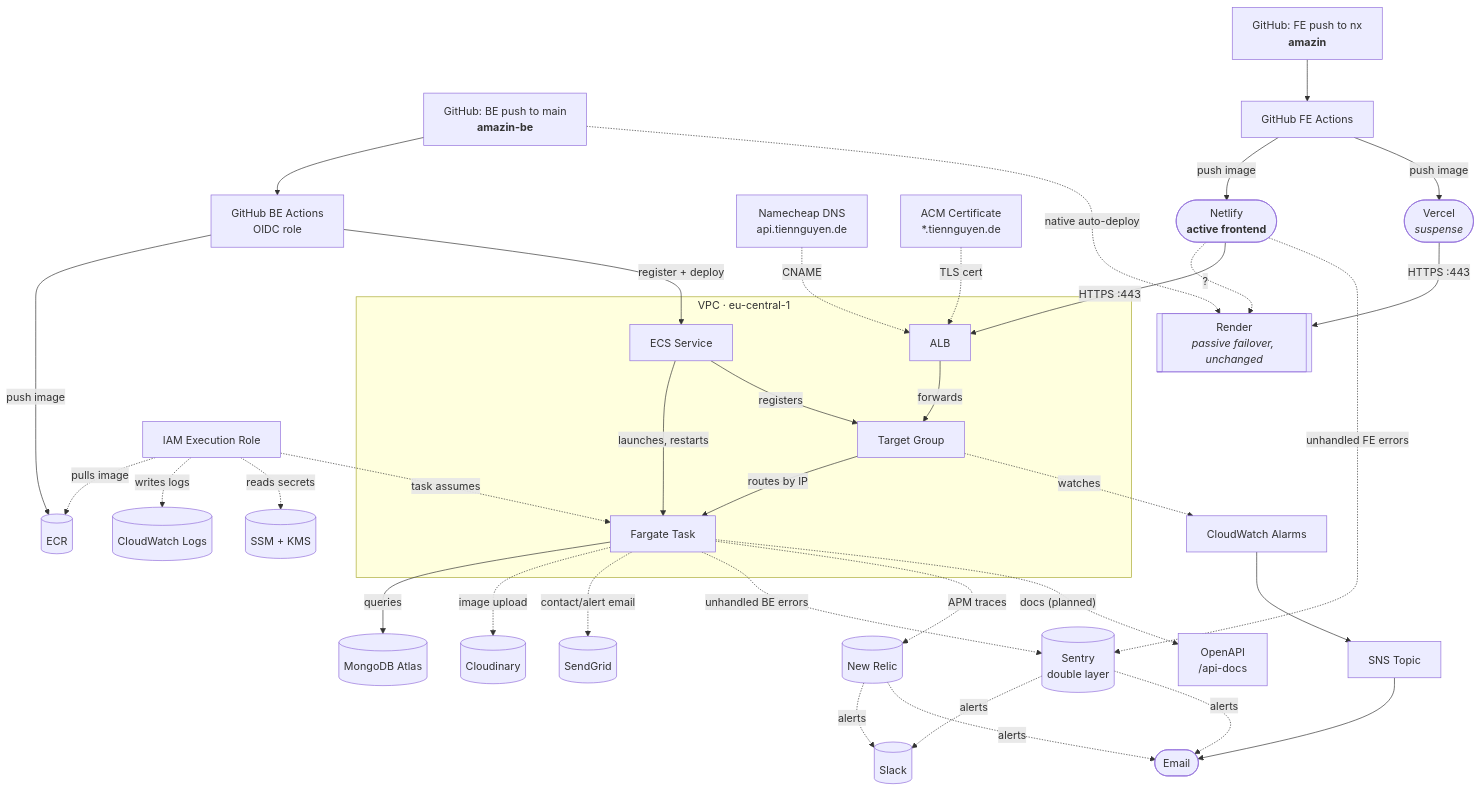
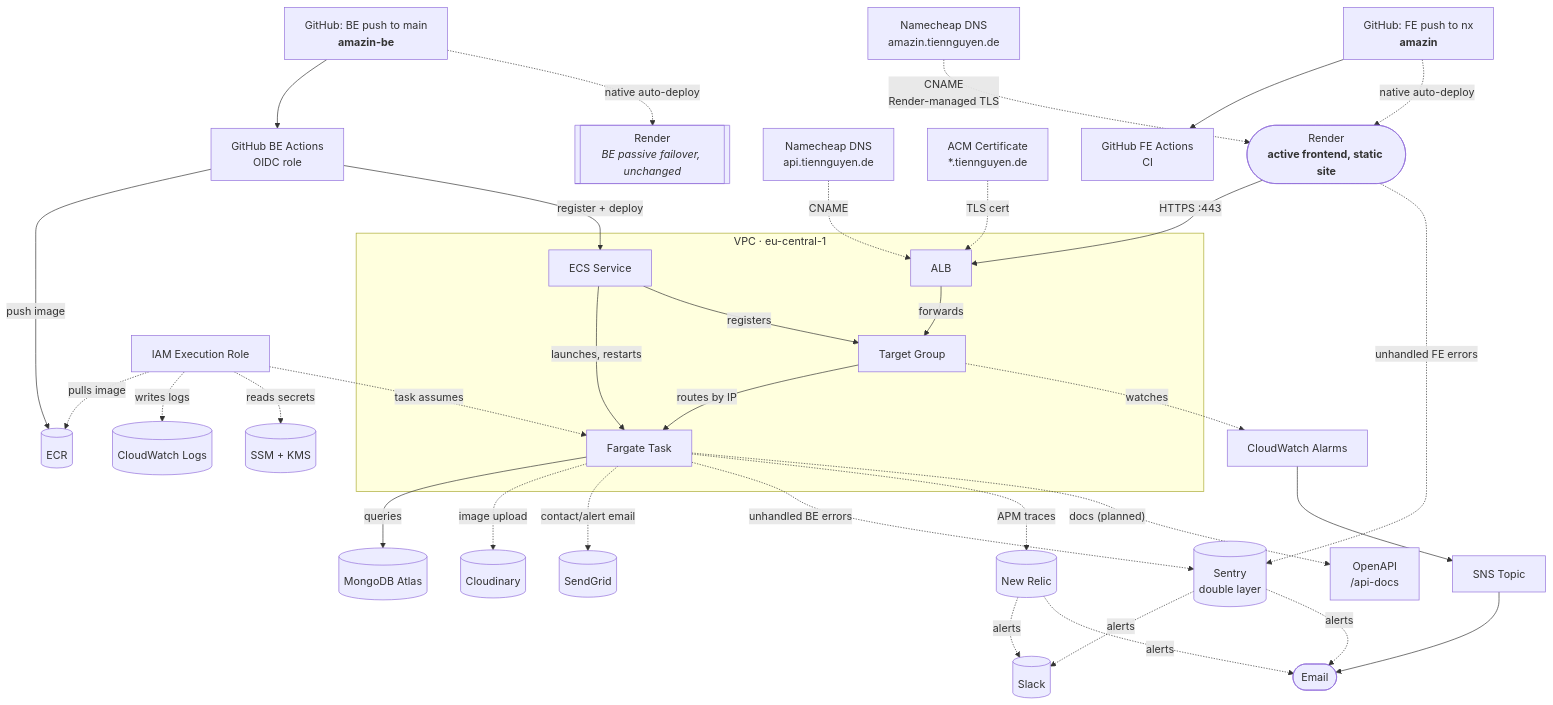
One commit to ntrix/amazin-be changed the second of 2 diagrams in README.md. Above: the diagram before and after it, drawn with Mermaid. The commit also changed other lines of this file and 2 other files, not shown here.

Commit message:
chore(deploy): frontend moved to render, drop hardcoded vercel cors origin
Vercel is suspended and Netlify ran out of free build minutes - frontend
now deployed on Render as a static site (amazin.tiennguyen.de). CORS_ORIGINS
was already env-driven; removes the now-stale hardcoded vercel.app push so
future host changes don't need a code edit, just the env var. Documents
CORS_ORIGINS (was missing from the README table) and updates FE_ORIGIN's
example to the real production domain.

Also fixes a test-suite determinism bug found while verifying this: the
"OAuth disabled" tests only passed by accident of a developer's local .env
not defining GOOGLE_CLIENT_ID/GITHUB_CLIENT_ID - vitest.config.js now
explicitly unsets those for the test environment.

````diff
--- a/README.md
+++ b/README.md
@@ -117,50 +117,50 @@
 ```mermaid
 flowchart TB
   GitHubBE["GitHub: BE push to main<br/><b>amazin-be</b>"] --> ActionsBE["GitHub BE Actions<br/>OIDC role"]
   ActionsBE -->|"push image"| ECR2[("ECR")]
   ActionsBE -->|"register + deploy"| Service2
   GitHubBE -.->|"native auto-deploy"| Render2
 
   DNS["Namecheap DNS<br/>api.tiennguyen.de"] -. CNAME .-> ALB2
   ACM["ACM Certificate<br/>*.tiennguyen.de"] -. "TLS cert" .-> ALB2
 
-  GitHubFE["GitHub: FE push to nx<br/><b>amazin</b>"] --> ActionsFE["GitHub FE Actions"]
-  ActionsFE -->|"push image"| Netlify2(["Netlify<br/><b>active frontend</b>"]) .->|"?"| Render2
-  Netlify2 -->|"HTTPS :443"| ALB2["ALB"]
-  ActionsFE -->|"push image"| Vercel2(["Vercel<br/><i>suspense</i>"]) -->|"HTTPS :443"| Render2
+  GitHubFE["GitHub: FE push to nx<br/><b>amazin</b>"] --> ActionsFE["GitHub FE Actions<br/>CI"]
+  GitHubFE -.->|"native auto-deploy"| RenderFE(["Render<br/><b>active frontend, static site</b>"])
+  DNSFE["Namecheap DNS<br/>amazin.tiennguyen.de"] -. "CNAME<br/>Render-managed TLS" .-> RenderFE
+  RenderFE -->|"HTTPS :443"| ALB2["ALB"]
   ALB2 -->|forwards| TG2["Target Group"]
   TG2 -->|"routes by IP"| Task2["Fargate Task"]
   Task2 -->|queries| Mongo2[("MongoDB Atlas")]
   Service2["ECS Service"] -->|"launches, restarts"| Task2
   Service2 -->|registers| TG2
-  Netlify2 -. "unhandled FE errors" .-> Sentry
+  RenderFE -. "unhandled FE errors" .-> Sentry
 
   Role2["IAM Execution Role"] -. "task assumes" .-> Task2
   Role2 -. "pulls image" .-> ECR2
   Role2 -. "writes logs" .-> Logs2[("CloudWatch Logs")]
   Role2 -. "reads secrets" .-> SSM2[("SSM + KMS")]
 
   TG2 -. watches .-> Alarms["CloudWatch Alarms"]
   Alarms --> SNS["SNS Topic"]
   SNS --> Email([Email])
 
   Task2 -. "image upload" .-> Cloudinary[("Cloudinary")]
   Task2 -. "contact/alert email" .-> SendGrid[("SendGrid")]
 
   Sentry -. alerts .-> Slack[("Slack")]
   Sentry -. alerts .-> Email
   NewRelic -. alerts .-> Slack
   NewRelic -. alerts .-> Email
   Task2 -. "unhandled BE errors" .-> Sentry[("Sentry<br>double layer")]
   Task2 -. "APM traces" .-> NewRelic[("New Relic")]
   Task2 -. "docs (planned)" .-> OpenAPI["OpenAPI<br>/api-docs"]
 
-  Render2[["Render<br/><i>passive failover, unchanged</i>"]]
+  Render2[["Render<br/><i>BE passive failover, unchanged</i>"]]
 
   subgraph VPC2["VPC · eu-central-1"]
     ALB2
     TG2
     Task2
     Service2
   end
 ```
````
